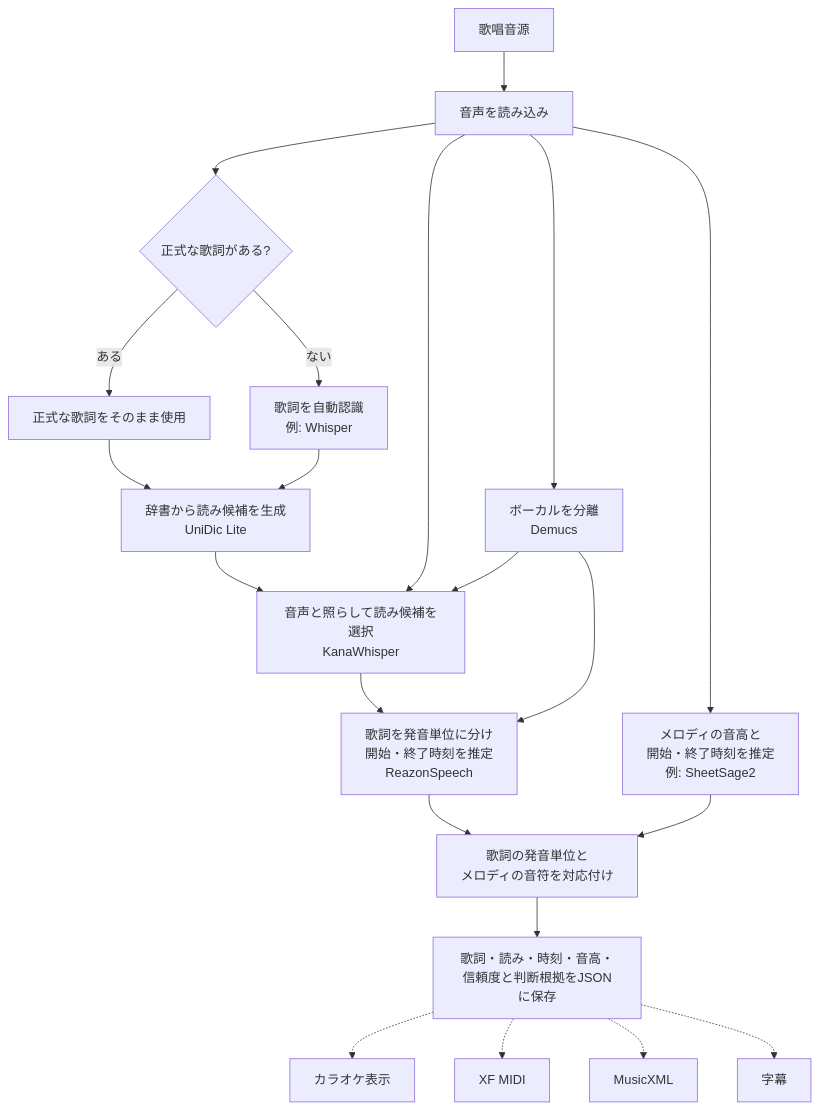
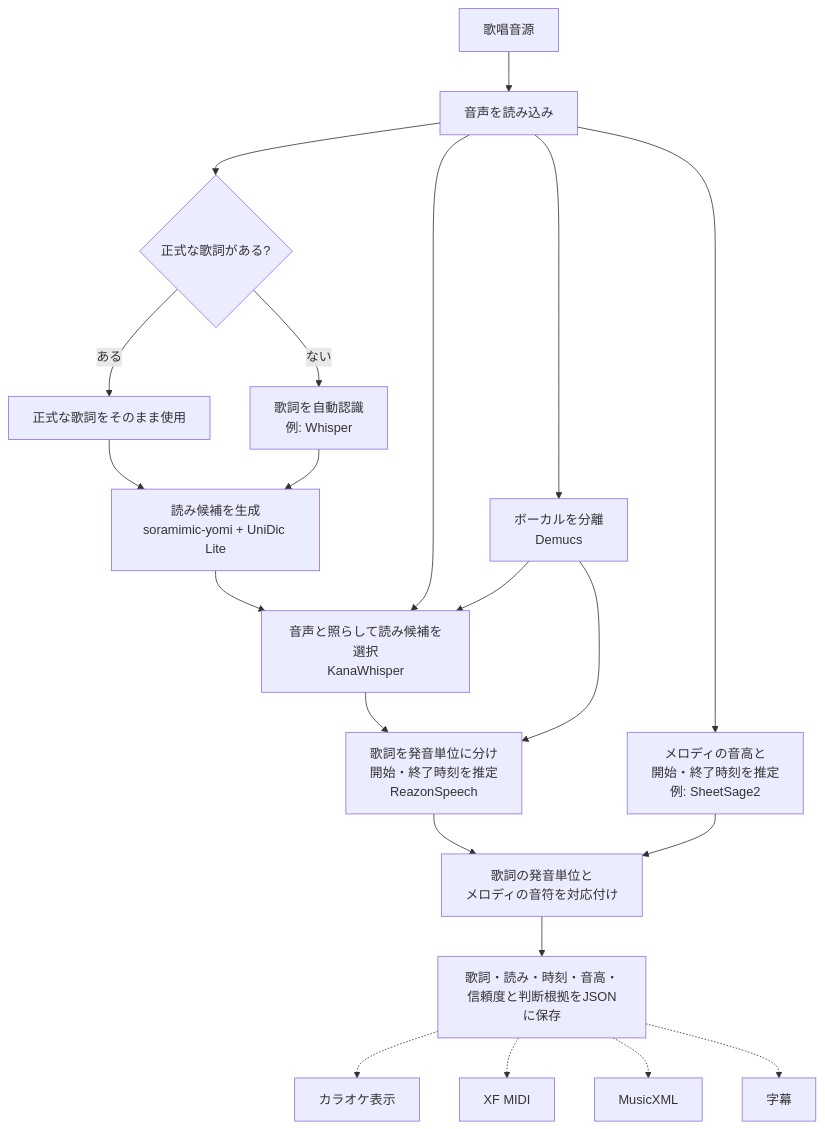
The diagram in README.md (jiroshimaya/soramimic-score), drawn with Mermaid before and after one commit. The commit also changed other lines of this file and 9 other files, not shown here.

Commit message:
Use soramimic-yomi for pronunciation candidates (#11)

````diff
--- a/README.md
+++ b/README.md
@@ -10,26 +10,26 @@
 ```mermaid
 flowchart TD
     A["歌唱音源"] --> B["音声を読み込み"]
     B --> V["ボーカルを分離<br/>Demucs"]
     B --> C{"正式な歌詞がある?"}
     C -- ある --> D["正式な歌詞をそのまま使用"]
     C -- ない --> E["歌詞を自動認識<br/>例: Whisper"]
 
-    D --> F["辞書から読み候補を生成<br/>UniDic Lite"]
+    D --> F["読み候補を生成<br/>soramimic-yomi + UniDic Lite"]
     E --> F
     F --> R["音声と照らして読み候補を選択<br/>KanaWhisper"]
     B --> R
     V --> R
     R --> G["歌詞を発音単位に分け<br/>開始・終了時刻を推定<br/>ReazonSpeech"]
     V --> G
 
     B --> H["メロディの音高と<br/>開始・終了時刻を推定<br/>例: SheetSage2"]
     G --> I["歌詞の発音単位と<br/>メロディの音符を対応付け"]
     H --> I
 
     I --> J["歌詞・読み・時刻・音高・<br/>信頼度と判断根拠をJSONに保存"]
     J -.-> K["カラオケ表示"]
     J -.-> L["XF MIDI"]
     J -.-> M["MusicXML"]
     J -.-> N["字幕"]
 ```
````
